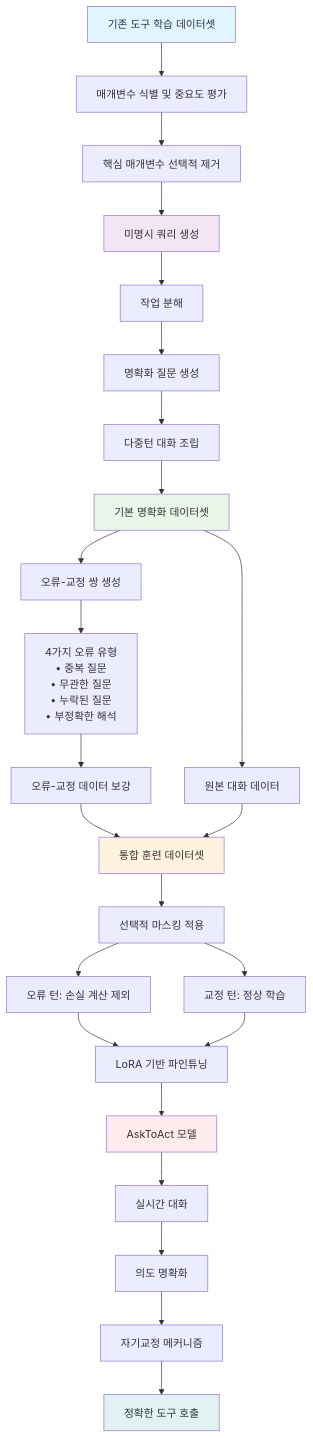
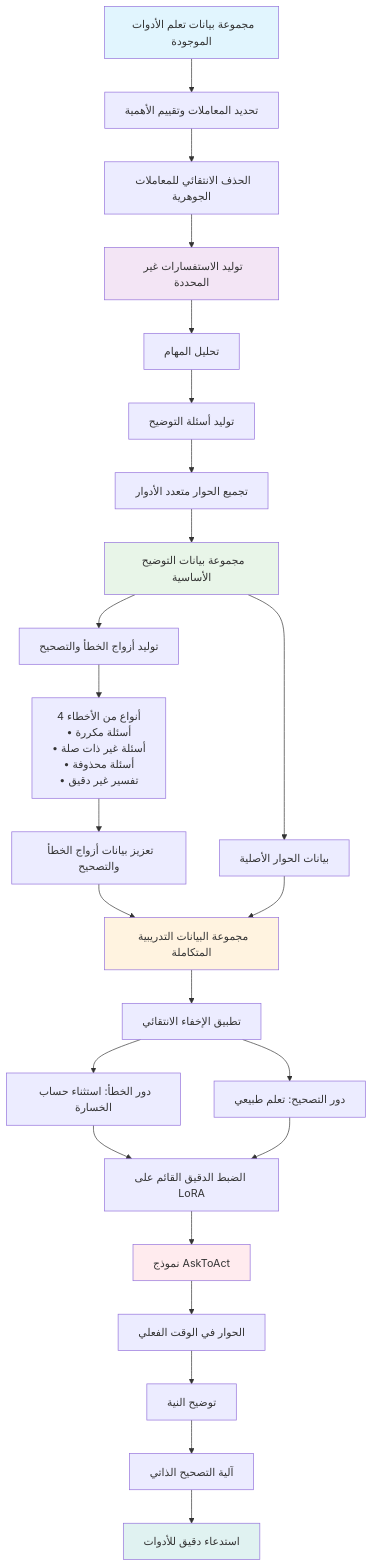
Before and after one commit to ThakiCloud/thakicloud.github.io: the diagram in _posts/ar/research/2025-08-21-asktoact-llm-tool-use-self-correcting-clarification.md, drawn with Mermaid. The commit also changed 21 other files, not shown here.

First line of the commit message:
fix(blog): translate mermaid labels to post language (en/ar)

````diff
--- a/_posts/ar/research/2025-08-21-asktoact-llm-tool-use-self-correcting-clarification.md
+++ b/_posts/ar/research/2025-08-21-asktoact-llm-tool-use-self-correcting-clarification.md
@@ -131,39 +131,39 @@
 ```mermaid
 graph TD
-    A["기존 도구 학습 데이터셋"] --> B["매개변수 식별 및 중요도 평가"]
-    B --> C["핵심 매개변수 선택적 제거"]
-    C --> D["미명시 쿼리 생성"]
+    A["مجموعة بيانات تعلم الأدوات الموجودة"] --> B["تحديد المعاملات وتقييم الأهمية"]
+    B --> C["الحذف الانتقائي للمعاملات الجوهرية"]
+    C --> D["توليد الاستفسارات غير المحددة"]
     
-    D --> E["작업 분해"]
-    E --> F["명확화 질문 생성"]
-    F --> G["다중턴 대화 조립"]
+    D --> E["تحليل المهام"]
+    E --> F["توليد أسئلة التوضيح"]
+    F --> G["تجميع الحوار متعدد الأدوار"]
     
-    G --> H["기본 명확화 데이터셋"]
-    H --> I["오류-교정 쌍 생성"]
-    I --> J["4가지 오류 유형<br/>• 중복 질문<br/>• 무관한 질문<br/>• 누락된 질문<br/>• 부정확한 해석"]
+    G --> H["مجموعة بيانات التوضيح الأساسية"]
+    H --> I["توليد أزواج الخطأ والتصحيح"]
+    I --> J["4 أنواع من الأخطاء<br/>• أسئلة مكررة<br/>• أسئلة غير ذات صلة<br/>• أسئلة محذوفة<br/>• تفسير غير دقيق"]
     
-    J --> K["오류-교정 데이터 보강"]
-    H --> L["원본 대화 데이터"]
-    K --> M["통합 훈련 데이터셋"]
+    J --> K["تعزيز بيانات أزواج الخطأ والتصحيح"]
+    H --> L["بيانات الحوار الأصلية"]
+    K --> M["مجموعة البيانات التدريبية المتكاملة"]
     L --> M
     
-    M --> N["선택적 마스킹 적용"]
-    N --> O["오류 턴: 손실 계산 제외"]
-    N --> P["교정 턴: 정상 학습"]
+    M --> N["تطبيق الإخفاء الانتقائي"]
+    N --> O["دور الخطأ: استثناء حساب الخسارة"]
+    N --> P["دور التصحيح: تعلم طبيعي"]
     
-    O --> Q["LoRA 기반 파인튜닝"]
+    O --> Q["الضبط الدقيق القائم على LoRA"]
     P --> Q
-    Q --> R["AskToAct 모델"]
+    Q --> R["نموذج AskToAct"]
     
-    R --> S["실시간 대화"]
-    S --> T["의도 명확화"]
-    T --> U["자기교정 메커니즘"]
-    U --> V["정확한 도구 호출"]
+    R --> S["الحوار في الوقت الفعلي"]
+    S --> T["توضيح النية"]
+    T --> U["آلية التصحيح الذاتي"]
+    U --> V["استدعاء دقيق للأدوات"]
     
     style A fill:#e1f5fe
     style D fill:#f3e5f5
     style H fill:#e8f5e8
     style M fill:#fff3e0
     style R fill:#ffebee
     style V fill:#e0f2f1
 ```
````
